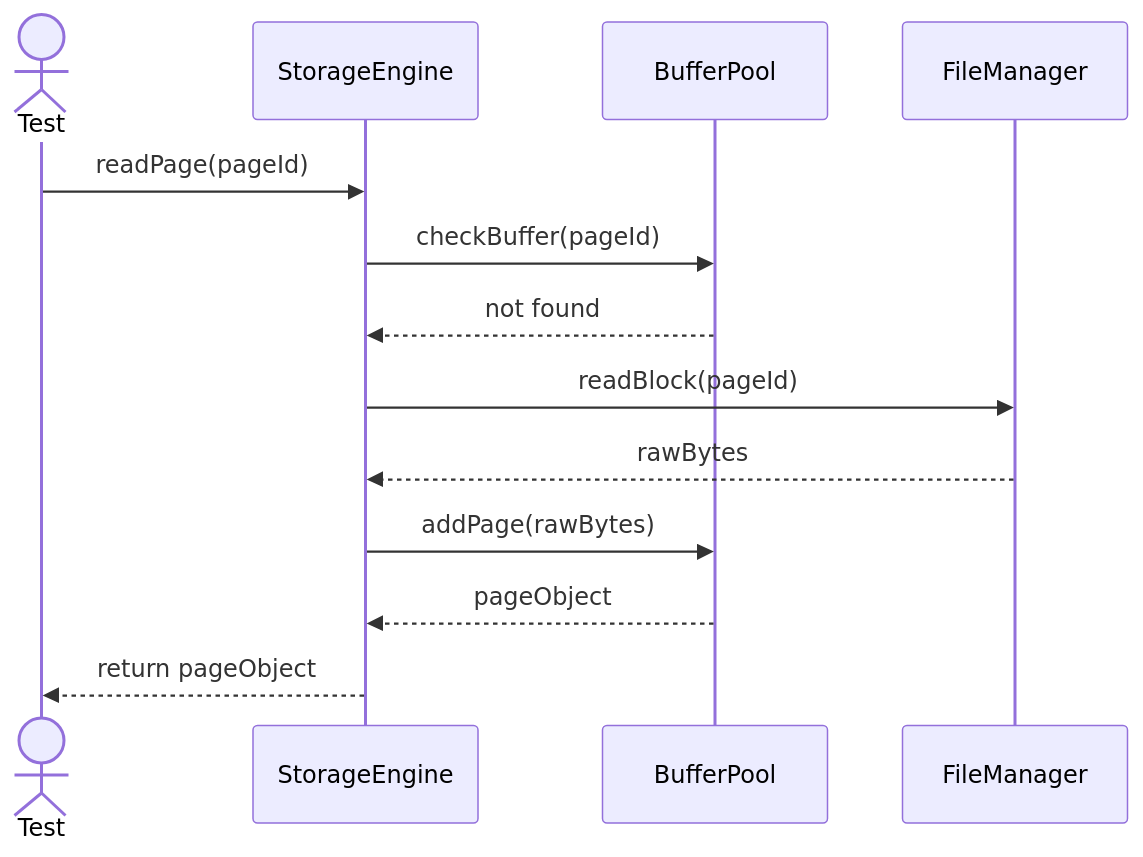
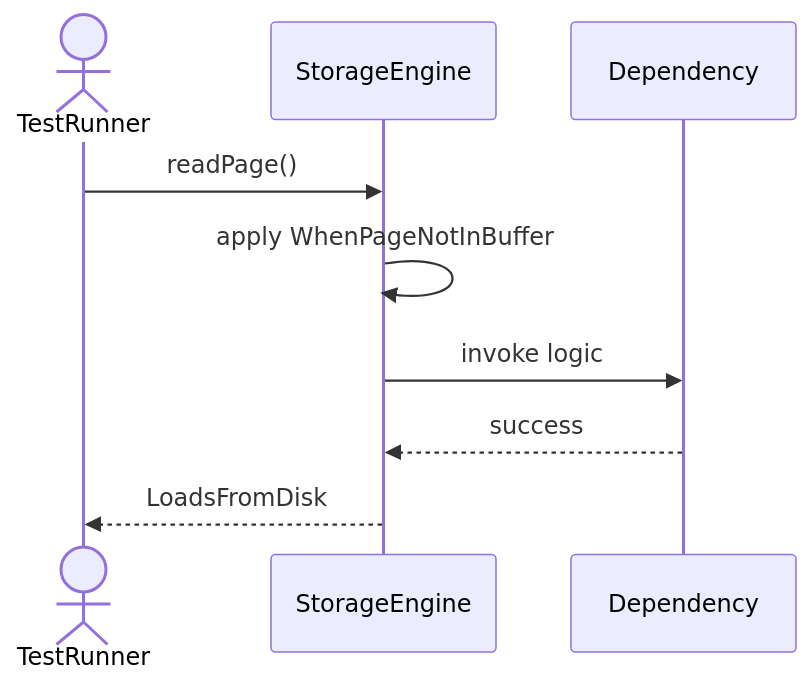
Before and after one commit to TamBui1706/DBMS: the first of 6 diagrams in Sequences/StorageEngine/StorageEngine.md, drawn with Mermaid. The commit also changed other lines of this file and 63 other files, not shown here.

Commit message:
Draw sequence diagram for unit tests

````diff
--- a/Sequences/StorageEngine/StorageEngine.md
+++ b/Sequences/StorageEngine/StorageEngine.md
@@ -14,16 +19,10 @@
 ```mermaid
 sequenceDiagram
-    actor Test
+    actor TestRunner
     participant StorageEngine
-    participant BufferPool
-    participant FileManager
-
-    Test->>StorageEngine: readPage(pageId)
-    StorageEngine->>BufferPool: checkBuffer(pageId)
-    BufferPool-->>StorageEngine: not found
-    StorageEngine->>FileManager: readBlock(pageId)
-    FileManager-->>StorageEngine: rawBytes
-    StorageEngine->>BufferPool: addPage(rawBytes)
-    BufferPool-->>StorageEngine: pageObject
-    StorageEngine-->>Test: return pageObject
+    TestRunner->>StorageEngine: readPage()
+    StorageEngine->>StorageEngine: apply WhenPageNotInBuffer
+    StorageEngine->>Dependency: invoke logic
+    Dependency-->>StorageEngine: success
+    StorageEngine-->>TestRunner: LoadsFromDisk
 ```
````
